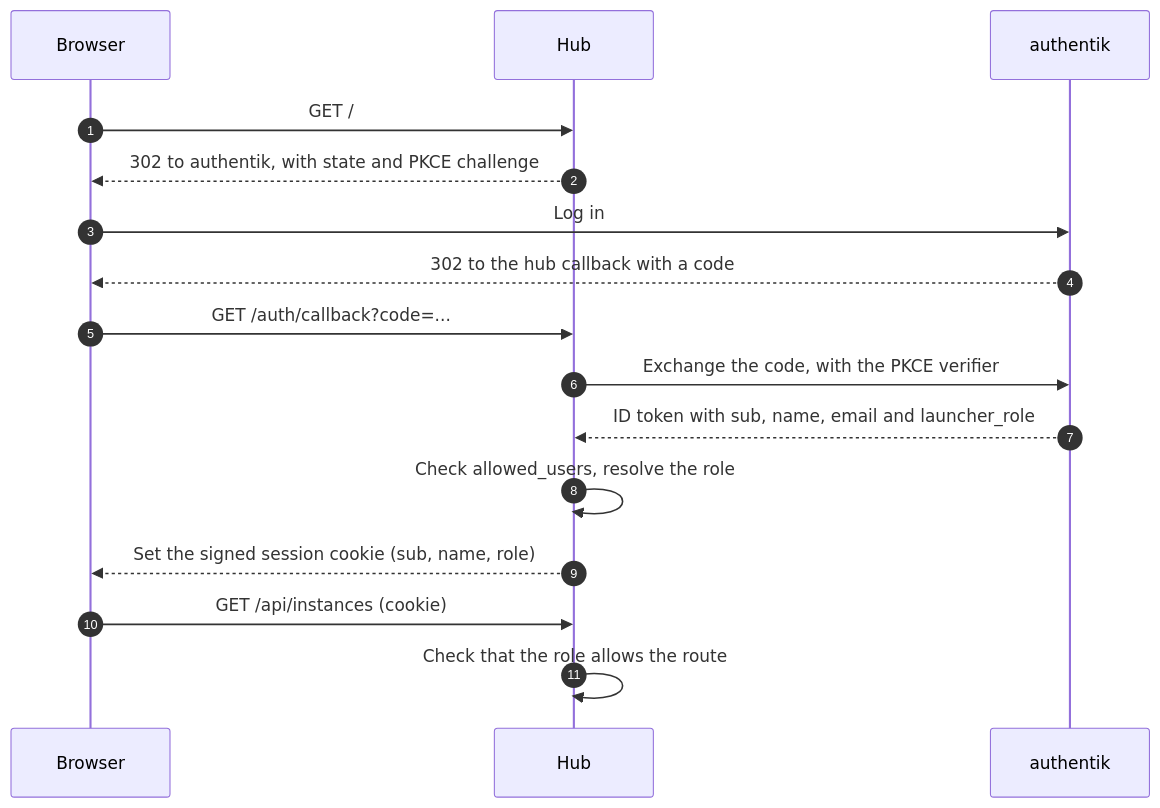
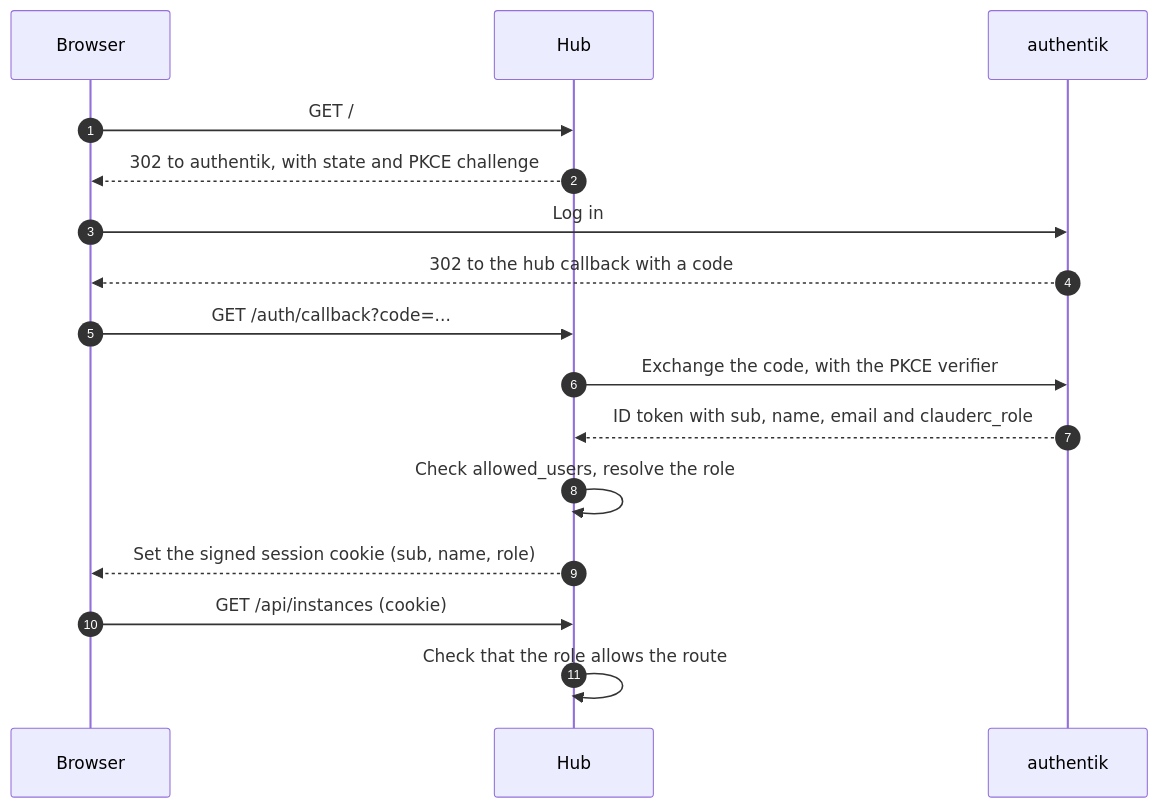
Before and after one commit to kbirger/claude-rc-launcher: the diagram in docs/images/auth/browser-login.mmd, drawn with Mermaid. The commit also changed 13 other files, not shown here.

Commit message:
refactor: name the role claim clauderc_role and the scope clauderc

```diff
--- a/docs/images/auth/browser-login.mmd
+++ b/docs/images/auth/browser-login.mmd
@@ -1,16 +1,16 @@
 sequenceDiagram
   autonumber
   participant U as Browser
   participant H as Hub
   participant A as authentik
   U->>H: GET /
   H-->>U: 302 to authentik, with state and PKCE challenge
   U->>A: Log in
   A-->>U: 302 to the hub callback with a code
   U->>H: GET /auth/callback?code=...
   H->>A: Exchange the code, with the PKCE verifier
-  A-->>H: ID token with sub, name, email and launcher_role
+  A-->>H: ID token with sub, name, email and clauderc_role
   H->>H: Check allowed_users, resolve the role
   H-->>U: Set the signed session cookie (sub, name, role)
   U->>H: GET /api/instances (cookie)
   H->>H: Check that the role allows the route
```
